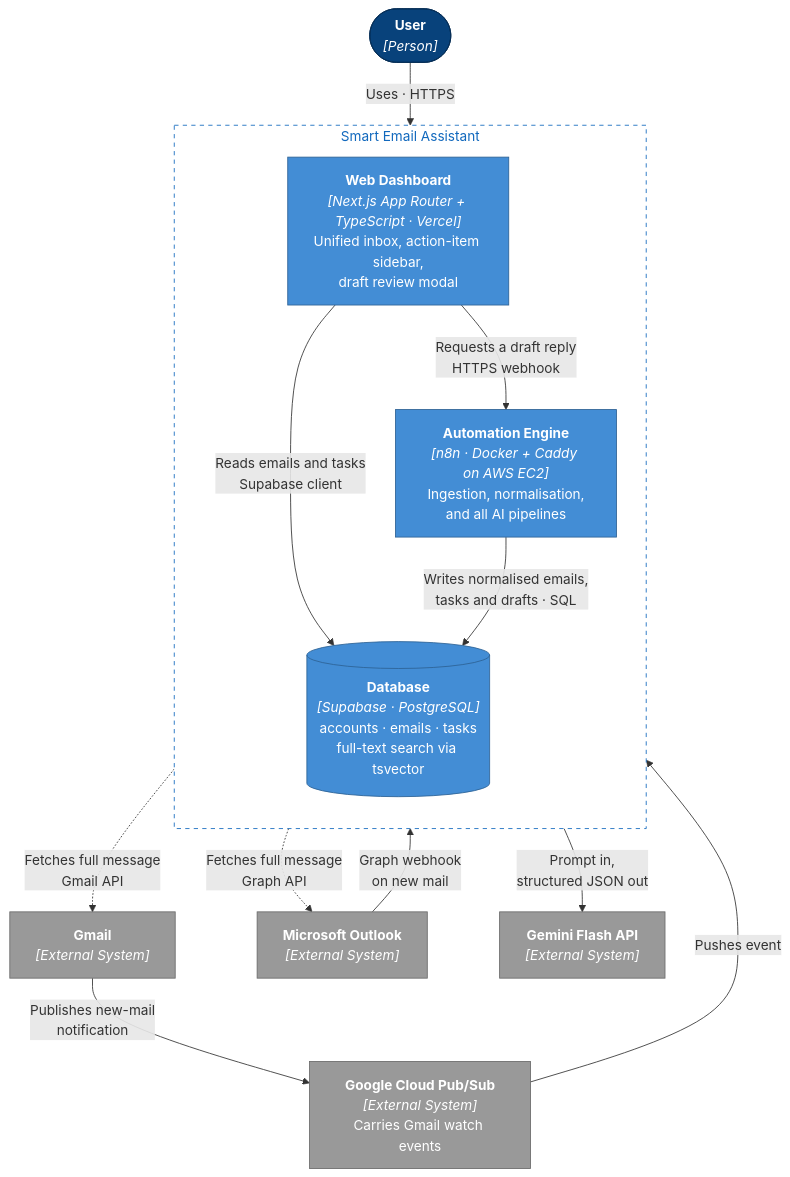
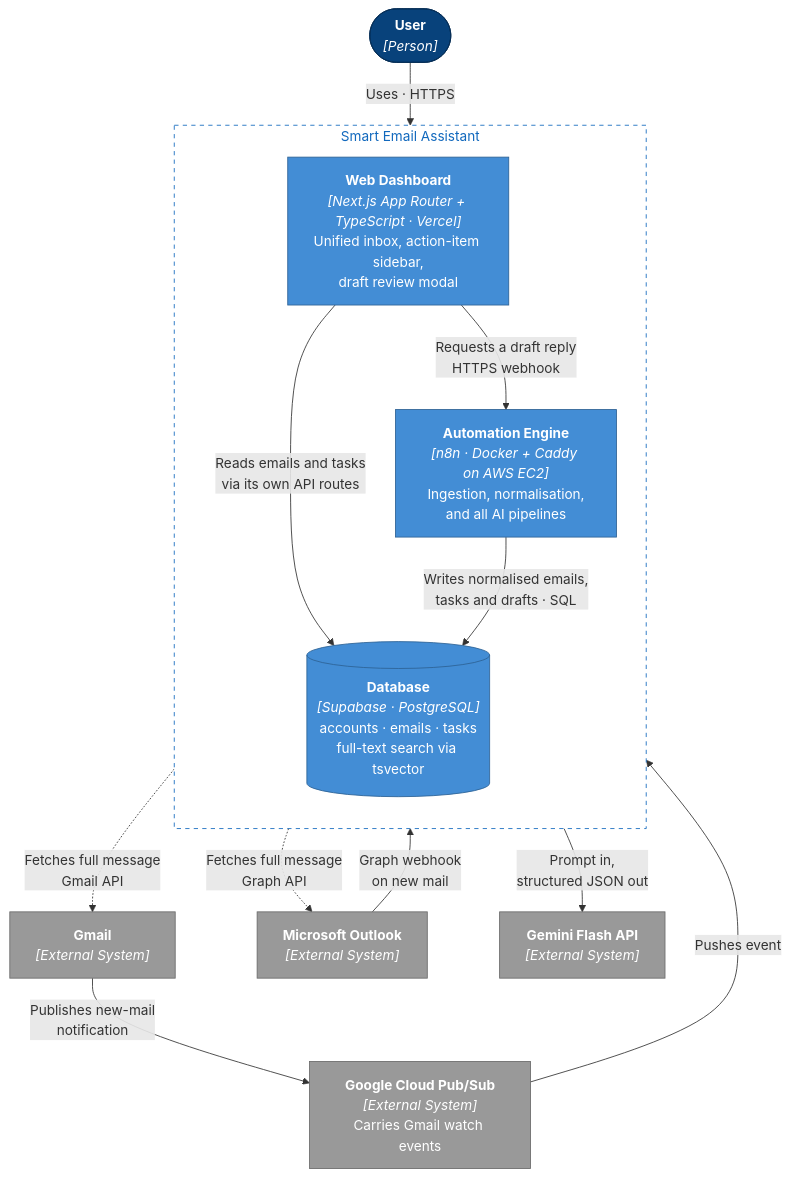
Before and after one commit to yomal321/smart-email-assistant: the diagram in architect/02-container.md, drawn with Mermaid. The commit also changed other lines of this file and 4 other files, not shown here.

Commit message:
specclaw(008-dashboard-api-foundation): T10 — Document env vars, login flow, and corrected data-flow diagrams

````diff
--- a/architect/02-container.md
+++ b/architect/02-container.md
@@ -7,37 +7,37 @@
 ```mermaid
 flowchart TB
     user(["<b>User</b><br/><i>[Person]</i>"])
 
     subgraph sys ["Smart Email Assistant"]
         direction TB
         web["<b>Web Dashboard</b><br/><i>[Next.js App Router + TypeScript · Vercel]</i><br/>Unified inbox, action-item sidebar,<br/>draft review modal"]
         n8n["<b>Automation Engine</b><br/><i>[n8n · Docker + Caddy on AWS EC2]</i><br/>Ingestion, normalisation,<br/>and all AI pipelines"]
         db[("<b>Database</b><br/><i>[Supabase · PostgreSQL]</i><br/>accounts · emails · tasks<br/>full-text search via tsvector")]
     end
 
     gmail["<b>Gmail</b><br/><i>[External System]</i>"]
     pubsub["<b>Google Cloud Pub/Sub</b><br/><i>[External System]</i><br/>Carries Gmail watch events"]
     outlook["<b>Microsoft Outlook</b><br/><i>[External System]</i>"]
     gemini["<b>Gemini Flash API</b><br/><i>[External System]</i>"]
 
     user -->|"Uses · HTTPS"| web
-    web -->|"Reads emails and tasks<br/>Supabase client"| db
+    web -->|"Reads emails and tasks<br/>via its own API routes"| db
     web -->|"Requests a draft reply<br/>HTTPS webhook"| n8n
     n8n -->|"Writes normalised emails,<br/>tasks and drafts · SQL"| db
 
     gmail -->|"Publishes new-mail<br/>notification"| pubsub
     pubsub -->|"Pushes event"| n8n
     outlook -->|"Graph webhook<br/>on new mail"| n8n
     n8n -.->|"Fetches full message<br/>Gmail API"| gmail
     n8n -.->|"Fetches full message<br/>Graph API"| outlook
     n8n -->|"Prompt in,<br/>structured JSON out"| gemini
 
     classDef person fill:#08427B,stroke:#052E56,color:#ffffff
     classDef container fill:#438DD5,stroke:#2E6295,color:#ffffff
     classDef ext fill:#999999,stroke:#6B6B6B,color:#ffffff
     classDef boundary fill:#ffffff,stroke:#1168BD,stroke-dasharray:5 5,color:#1168BD
     class user person
     class web,n8n,db container
     class gmail,outlook,gemini,pubsub ext
     class sys boundary
 ```
````
